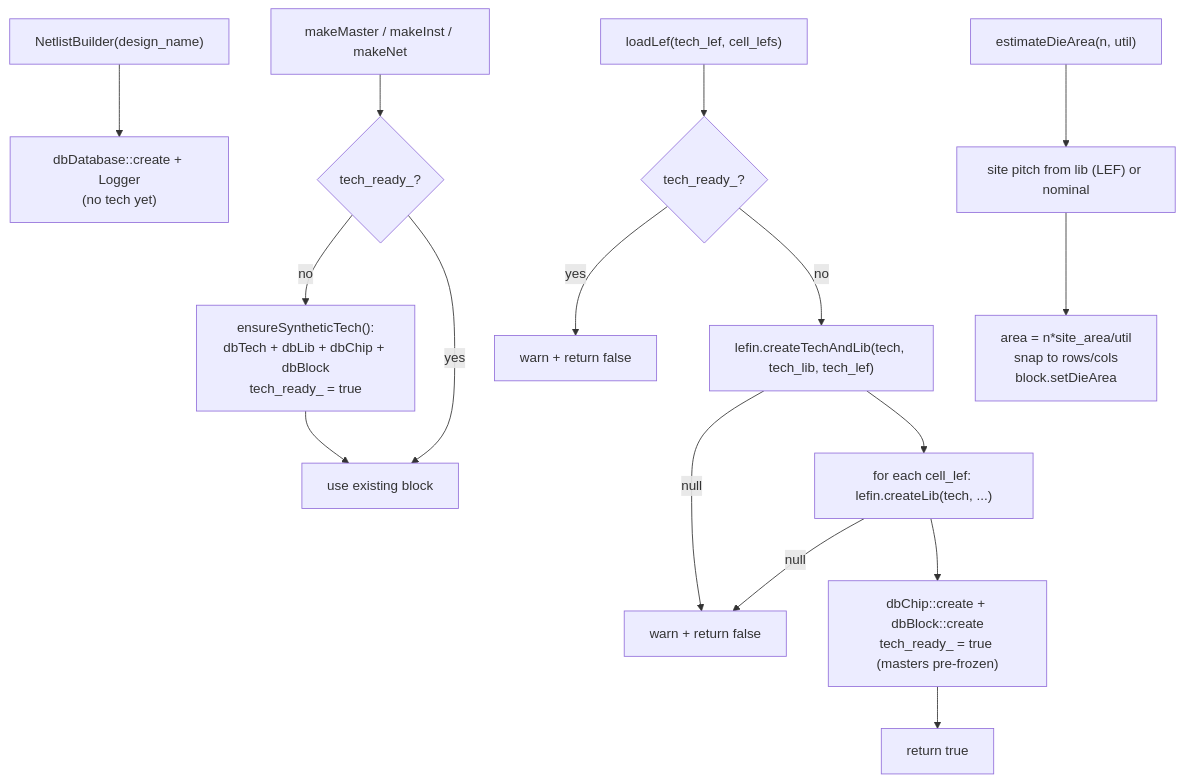
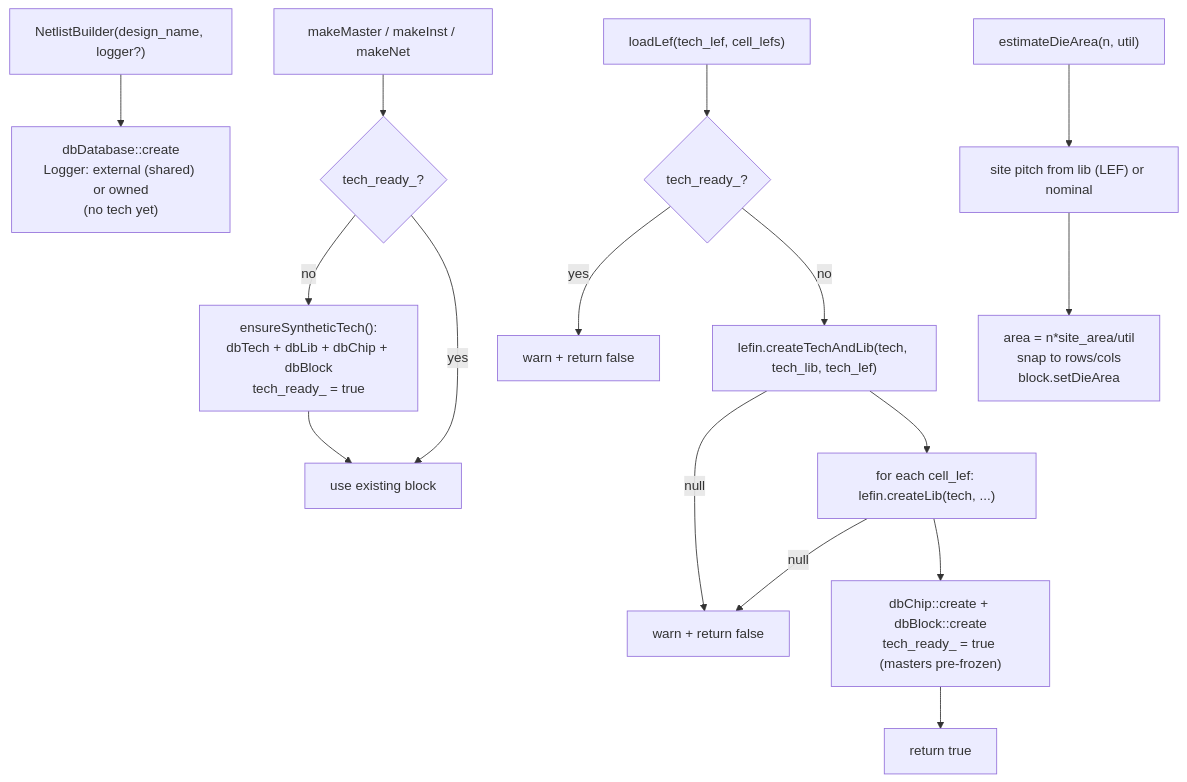
One commit to rfive88/eda-lab changed the second of 11 diagrams in src/engines/netlistgen/FLOW.md. Above: the diagram before and after it, drawn with Mermaid. The commit also changed other lines of this file and 18 other files, not shown here.

````diff
--- a/src/engines/netlistgen/FLOW.md
+++ b/src/engines/netlistgen/FLOW.md
@@ -55,21 +55,21 @@
 ```mermaid
 graph TD
-  ctor["NetlistBuilder(design_name)"] --> dbonly["dbDatabase::create + Logger<br/>(no tech yet)"]
+  ctor["NetlistBuilder(design_name, logger?)"] --> dbonly["dbDatabase::create<br/>Logger: external (shared) or owned<br/>(no tech yet)"]
 
   mm["makeMaster / makeInst / makeNet"] --> est{"tech_ready_?"}
   est -->|no| synth["ensureSyntheticTech():<br/>dbTech + dbLib + dbChip + dbBlock<br/>tech_ready_ = true"]
   est -->|yes| use[use existing block]
   synth --> use
 
   ll["loadLef(tech_lef, cell_lefs)"] --> chk{"tech_ready_?"}
   chk -->|yes| fail0["warn + return false"]
   chk -->|no| ct["lefin.createTechAndLib(tech, tech_lib, tech_lef)"]
   ct -->|null| fail1["warn + return false"]
   ct --> cl["for each cell_lef: lefin.createLib(tech, ...)"]
   cl -->|null| fail1
   cl --> mkblk["dbChip::create + dbBlock::create<br/>tech_ready_ = true (masters pre-frozen)"]
   mkblk --> ok[return true]
 
   eda["estimateDieArea(n, util)"] --> site["site pitch from lib (LEF) or nominal"]
   site --> box["area = n*site_area/util<br/>snap to rows/cols<br/>block.setDieArea"]
 ```
````
